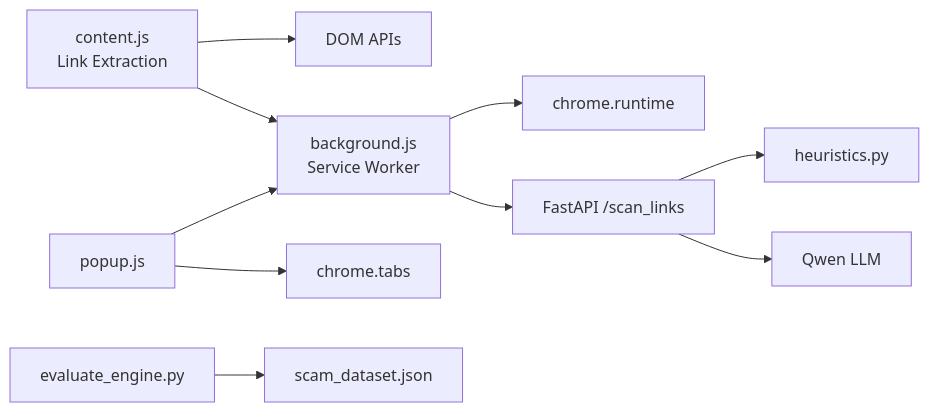
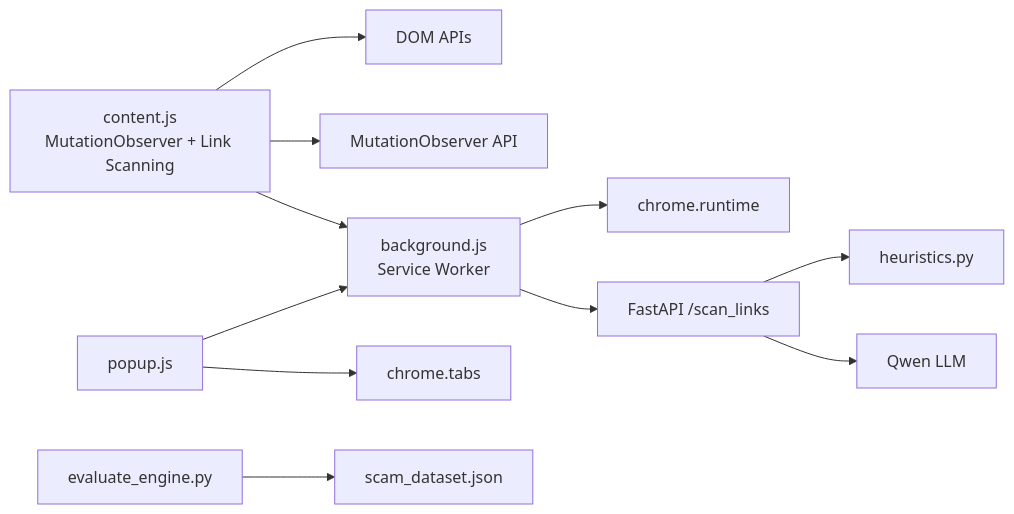
Before and after one commit to Aymanaahh/scrollguard-ai: the seventh of 7 diagrams in .qoder/repowiki/en/content/Chrome Extension Development.md, drawn with Mermaid. The commit also changed other lines of this file and 18 other files, not shown here.

````diff
--- a/.qoder/repowiki/en/content/Chrome Extension Development.md
+++ b/.qoder/repowiki/en/content/Chrome Extension Development.md
@@ -366,12 +400,13 @@
 ```mermaid
 graph LR
-ContentScript["content.js<br/>Link Extraction"] --> BrowserDOM["DOM APIs"]
+ContentScript["content.js<br/>MutationObserver + Link Scanning"] --> BrowserDOM["DOM APIs"]
+ContentScript --> MutationObserver["MutationObserver API"]
 ContentScript --> Background["background.js<br/>Service Worker"]
 Background --> ChromeRuntime["chrome.runtime"]
 Background --> Backend["FastAPI /scan_links"]
 Popup["popup.js"] --> ChromeTabs["chrome.tabs"]
 Popup --> Background
 Backend --> Heuristics["heuristics.py"]
 Backend --> LLM["Qwen LLM"]
 Eval["evaluate_engine.py"] --> Dataset["scam_dataset.json"]
 ```
````
